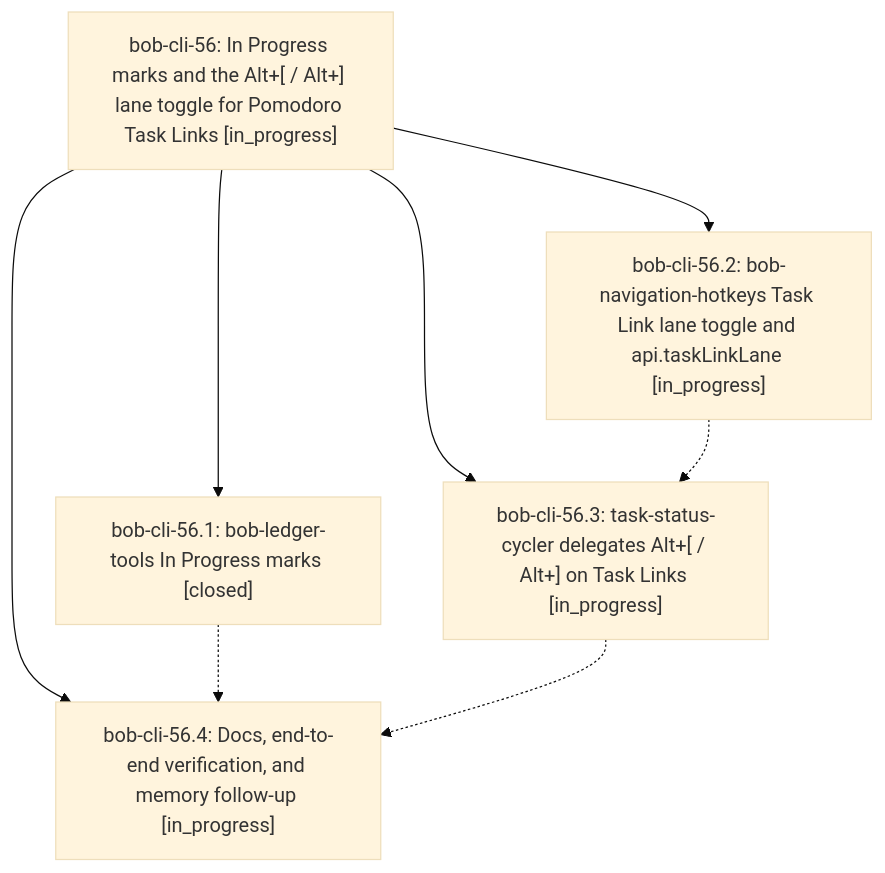
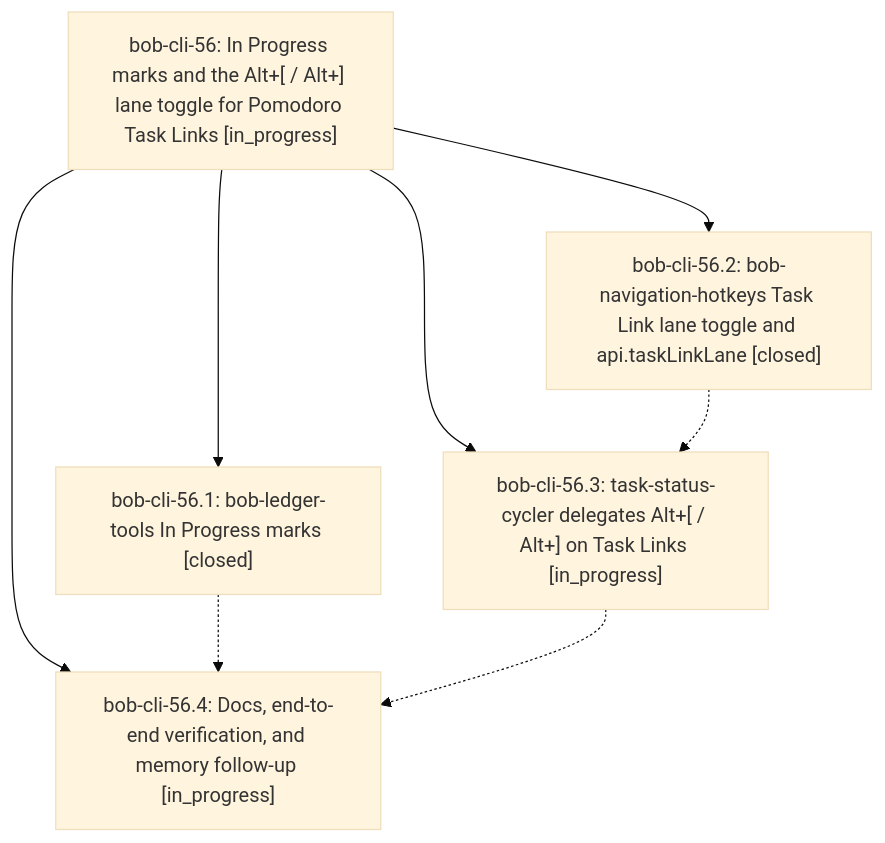
One commit to bobs-org/bob-cli--beads changed the diagram in pages/bob-cli-56/README.md. Above: the diagram before and after it, drawn with Mermaid (base theme). The commit also changed other lines of this file and 2 other files, not shown here.

First line of the commit message:
chore(beads): sync bead state and pages for bob-cli-56

````diff
--- a/pages/bob-cli-56/README.md
+++ b/pages/bob-cli-56/README.md
@@ -25,15 +25,15 @@
 ```mermaid
 flowchart TD
     n0["bob-cli-56: In Progress marks and the Alt+[ / Alt+] lane toggle for Pomodoro Task Links [in_progress]"]
     n1["bob-cli-56.1: bob-ledger-tools In Progress marks [closed]"]
-    n2["bob-cli-56.2: bob-navigation-hotkeys Task Link lane toggle and api.taskLinkLane [in_progress]"]
+    n2["bob-cli-56.2: bob-navigation-hotkeys Task Link lane toggle and api.taskLinkLane [closed]"]
     n3["bob-cli-56.3: task-status-cycler delegates Alt+[ / Alt+] on Task Links [in_progress]"]
     n4["bob-cli-56.4: Docs, end-to-end verification, and memory follow-up [in_progress]"]
     n0 --> n1
     n0 --> n2
     n0 --> n3
     n0 --> n4
     n1 -.-> n4
     n2 -.-> n3
     n3 -.-> n4
 ```
````
